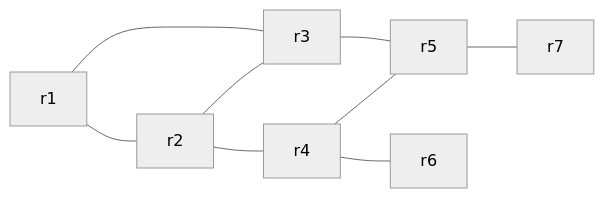
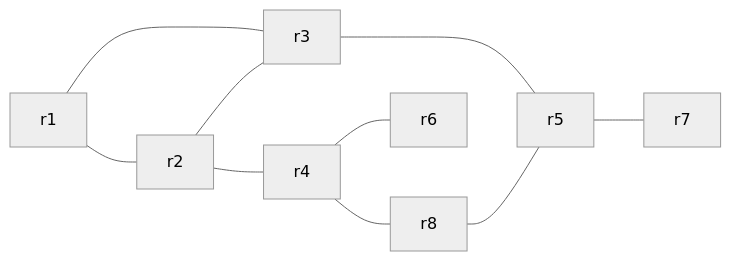
The diagram in readme.md (luisdorr/luisdorr-Redes-2-trabalho-GA), drawn with Mermaid (neutral theme) before and after one commit. The commit also changed other lines of this file and 3 other files, not shown here.

````diff
--- a/readme.md
+++ b/readme.md
@@ -45,11 +45,12 @@
 ```mermaid
 graph LR
     r1 --- r2
     r1 --- r3
     r2 --- r3
     r2 --- r4
     r3 --- r5
-    r4 --- r5
+    r4 --- r8
+    r8 --- r5
     r4 --- r6
     r5 --- r7
 ```
````
